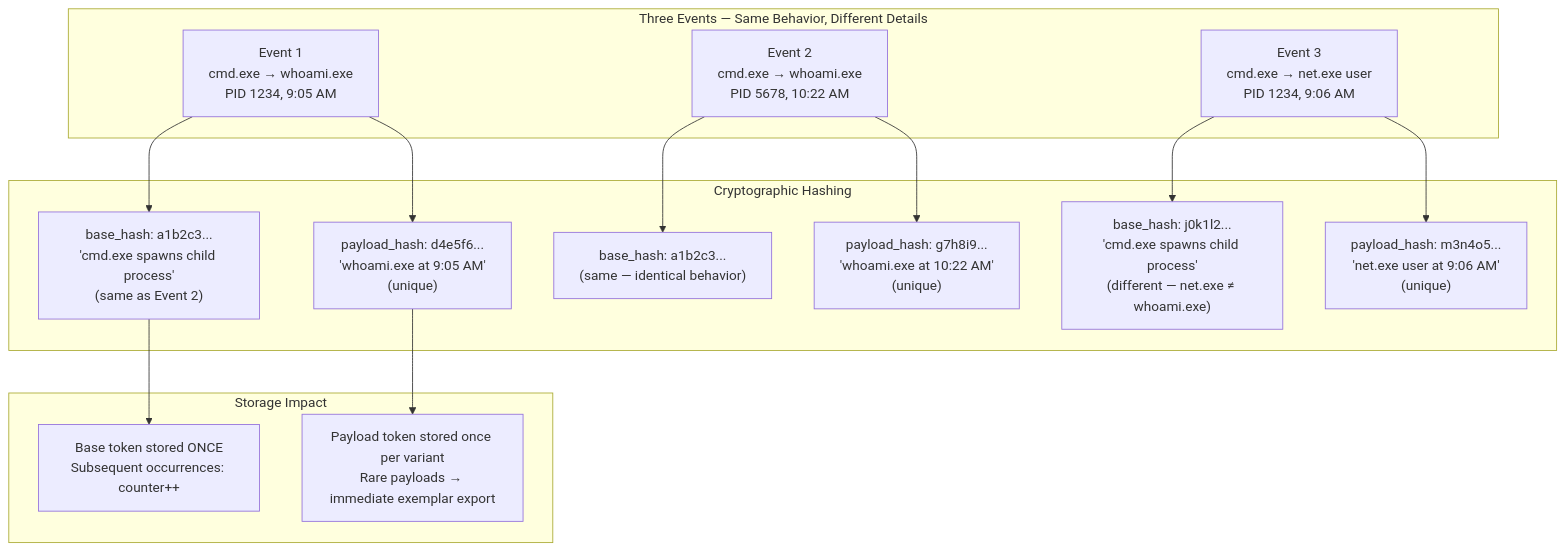
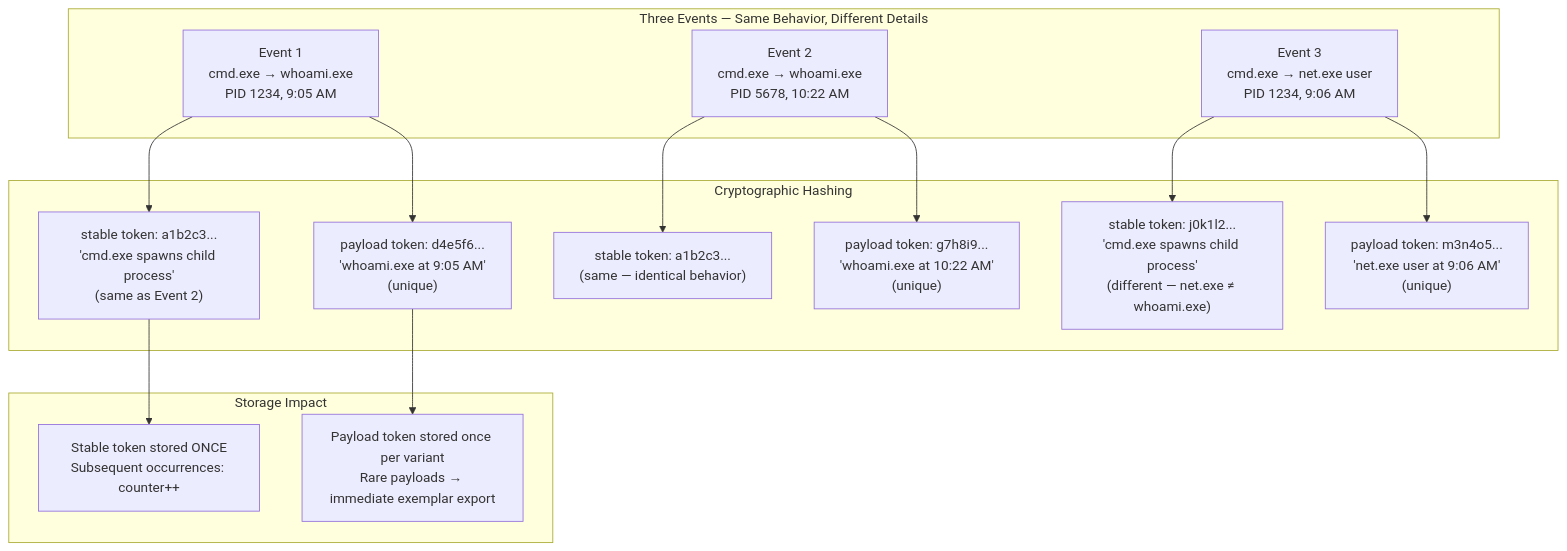
Before and after one commit to LongHorizons/WindOH: the second of 8 diagrams in LongHorizons/README.md, drawn with Mermaid. The commit also changed other lines of this file and 7 other files, not shown here.

````diff
--- a/LongHorizons/README.md
+++ b/LongHorizons/README.md
@@ -55,24 +55,24 @@
 ```mermaid
 flowchart TD
     subgraph Events["Three Events — Same Behavior, Different Details"]
         E1["Event 1\ncmd.exe → whoami.exe\nPID 1234, 9:05 AM"]
         E2["Event 2\ncmd.exe → whoami.exe\nPID 5678, 10:22 AM"]
         E3["Event 3\ncmd.exe → net.exe user\nPID 1234, 9:06 AM"]
     end
 
     subgraph Tokens["Cryptographic Hashing"]
-        E1 --> S1["base_hash: a1b2c3...\n'cmd.exe spawns child process'\n(same as Event 2)"]
-        E1 --> P1["payload_hash: d4e5f6...\n'whoami.exe at 9:05 AM'\n(unique)"]
+        E1 --> S1["stable token: a1b2c3...\n'cmd.exe spawns child process'\n(same as Event 2)"]
+        E1 --> P1["payload token: d4e5f6...\n'whoami.exe at 9:05 AM'\n(unique)"]
 
-        E2 --> S2["base_hash: a1b2c3...\n(same — identical behavior)"]
-        E2 --> P2["payload_hash: g7h8i9...\n'whoami.exe at 10:22 AM'\n(unique)"]
+        E2 --> S2["stable token: a1b2c3...\n(same — identical behavior)"]
+        E2 --> P2["payload token: g7h8i9...\n'whoami.exe at 10:22 AM'\n(unique)"]
 
-        E3 --> S3["base_hash: j0k1l2...\n'cmd.exe spawns child process'\n(different — net.exe ≠ whoami.exe)"]
-        E3 --> P3["payload_hash: m3n4o5...\n'net.exe user at 9:06 AM'\n(unique)"]
+        E3 --> S3["stable token: j0k1l2...\n'cmd.exe spawns child process'\n(different — net.exe ≠ whoami.exe)"]
+        E3 --> P3["payload token: m3n4o5...\n'net.exe user at 9:06 AM'\n(unique)"]
     end
 
     subgraph Storage["Storage Impact"]
-        S1 --> STORE["Base token stored ONCE\nSubsequent occurrences: counter++"]
+        S1 --> STORE["Stable token stored ONCE\nSubsequent occurrences: counter++"]
         P1 --> STORE2["Payload token stored once per variant\nRare payloads → immediate exemplar export"]
     end
 ```
````
